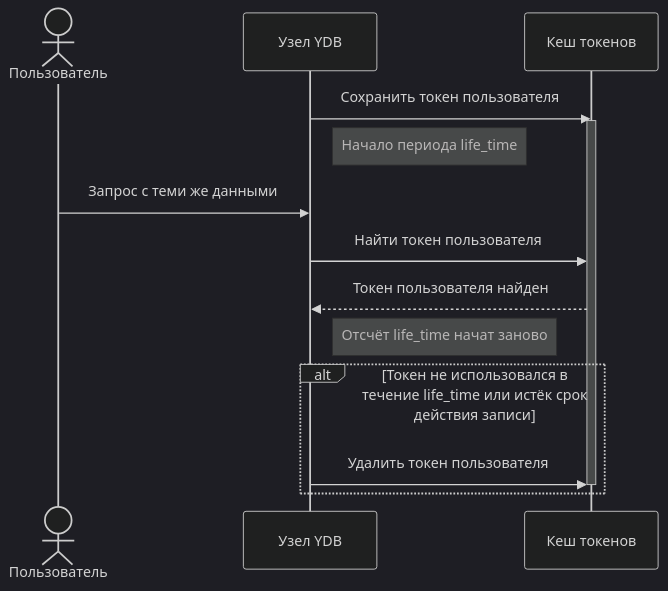
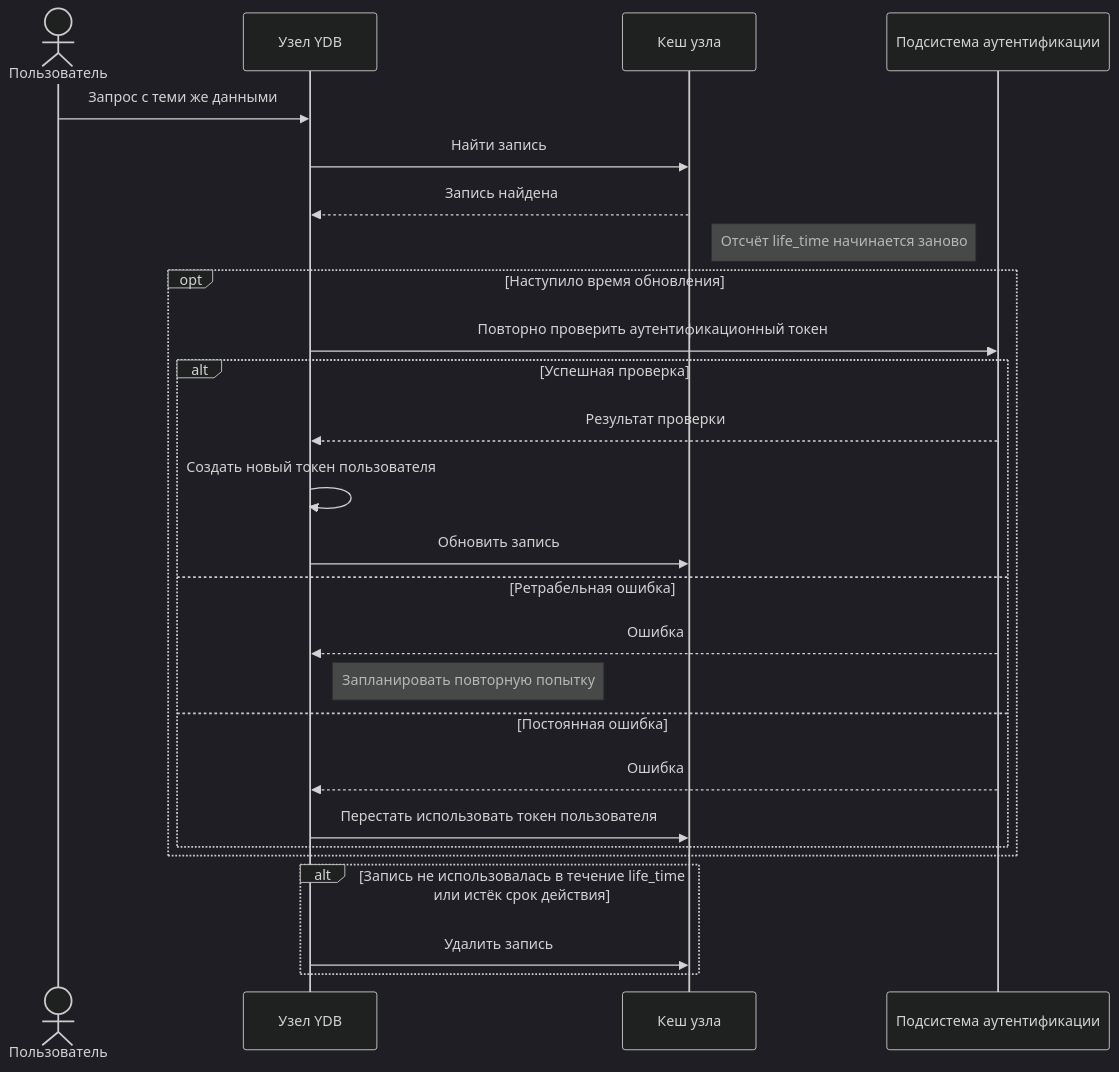
The diagram in ydb/docs/ru/core/security/_assets/user-token-lifecycle.md (ydb-platform/ydb), drawn with Mermaid (dark theme) before and after one commit. The commit also changed 1 other file, not shown here.

Commit message:
Fix diagrams

````diff
--- a/ydb/docs/ru/core/security/_assets/user-token-lifecycle.md
+++ b/ydb/docs/ru/core/security/_assets/user-token-lifecycle.md
@@ -1,20 +1,31 @@
 ```mermaid
 sequenceDiagram
     actor user as Пользователь
     participant node as Узел YDB
-    participant cache as Кеш токенов
-
-    node->>cache: Сохранить токен пользователя
-    activate cache
-    Note right of node: Начало периода life_time
+    participant cache as Кеш узла
+    participant auth as Подсистема аутентификации
 
     user->>node: Запрос с теми же данными
-    node->>cache: Найти токен пользователя
-    cache-->>node: Токен пользователя найден
-    Note right of node: Отсчёт life_time начат заново
+    node->>cache: Найти запись
+    cache-->>node: Запись найдена
+    Note right of cache: Отсчёт life_time начинается заново
 
-    alt Токен не использовался в течение life_time или истёк срок действия записи
-    node->>cache: Удалить токен пользователя
-    deactivate cache
+    opt Наступило время обновления
+        node->>auth: Повторно проверить аутентификационный токен
+        alt Успешная проверка
+            auth-->>node: Результат проверки
+            node->>node: Создать новый токен пользователя
+            node->>cache: Обновить запись
+        else Ретрабельная ошибка
+            auth-->>node: Ошибка
+            Note right of node: Запланировать повторную попытку
+        else Постоянная ошибка
+            auth-->>node: Ошибка
+            node->>cache: Перестать использовать токен пользователя
+        end
+    end
+
+    alt Запись не использовалась в течение life_time или истёк срок действия
+        node->>cache: Удалить запись
     end
 ```
````
